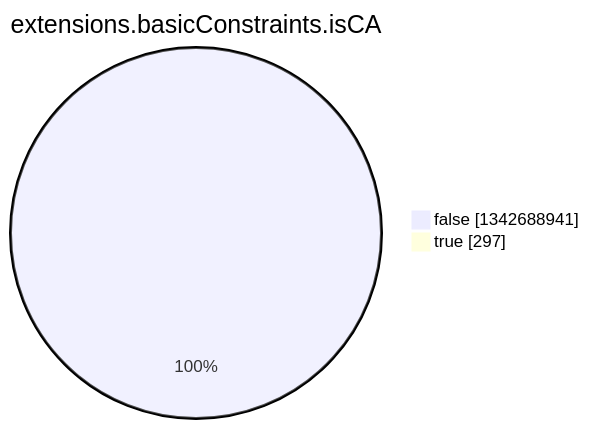
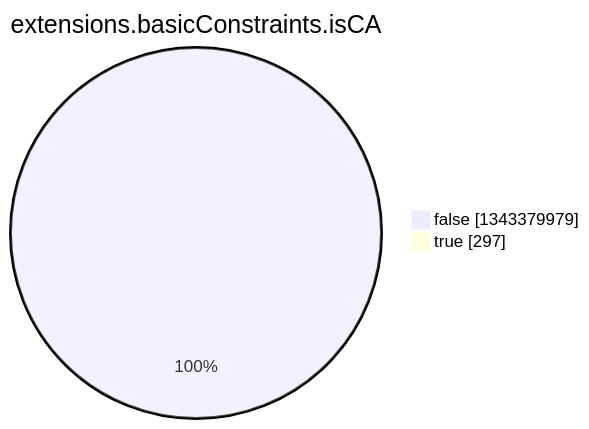
The eighth of 15 diagrams in argon2022/README.md (christiankrug/ctmonitor_visualization), drawn with Mermaid before and after one commit. The commit also changed other lines of this file, not shown here.

````diff
--- a/argon2022/README.md
+++ b/argon2022/README.md
@@ -2758,6 +2758,6 @@
 ```mermaid
 pie showData
 title extensions.basicConstraints.isCA
-"false" :1342688941
+"false" :1343379979
 "true" :297
 ```
````
